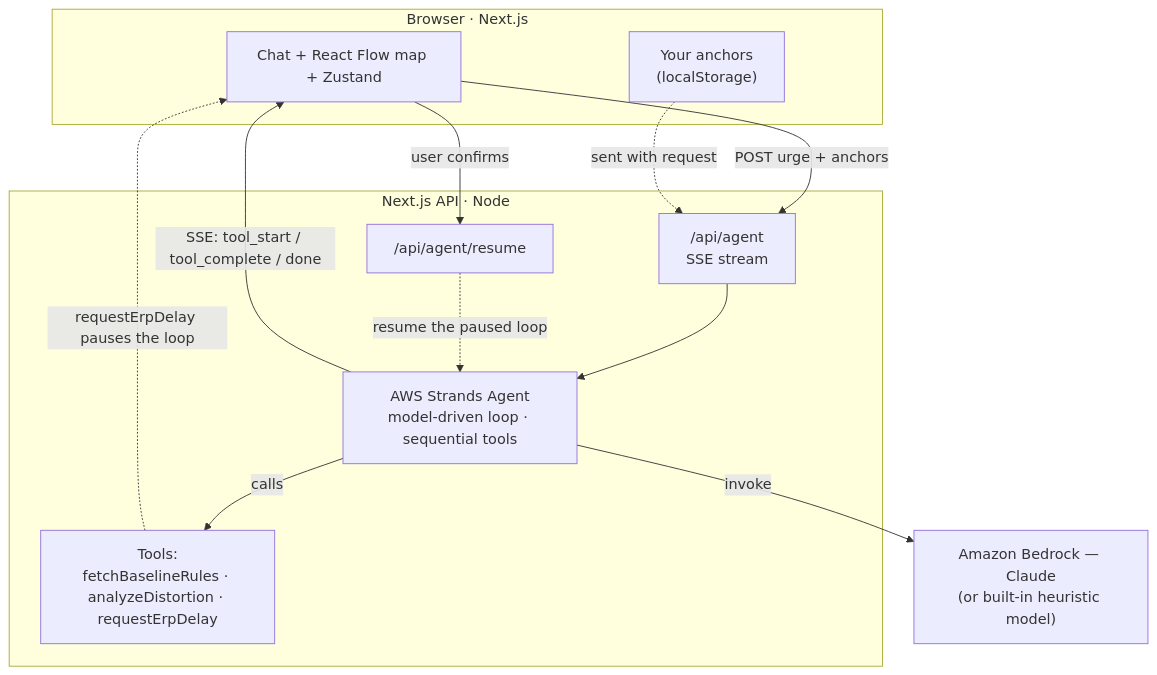
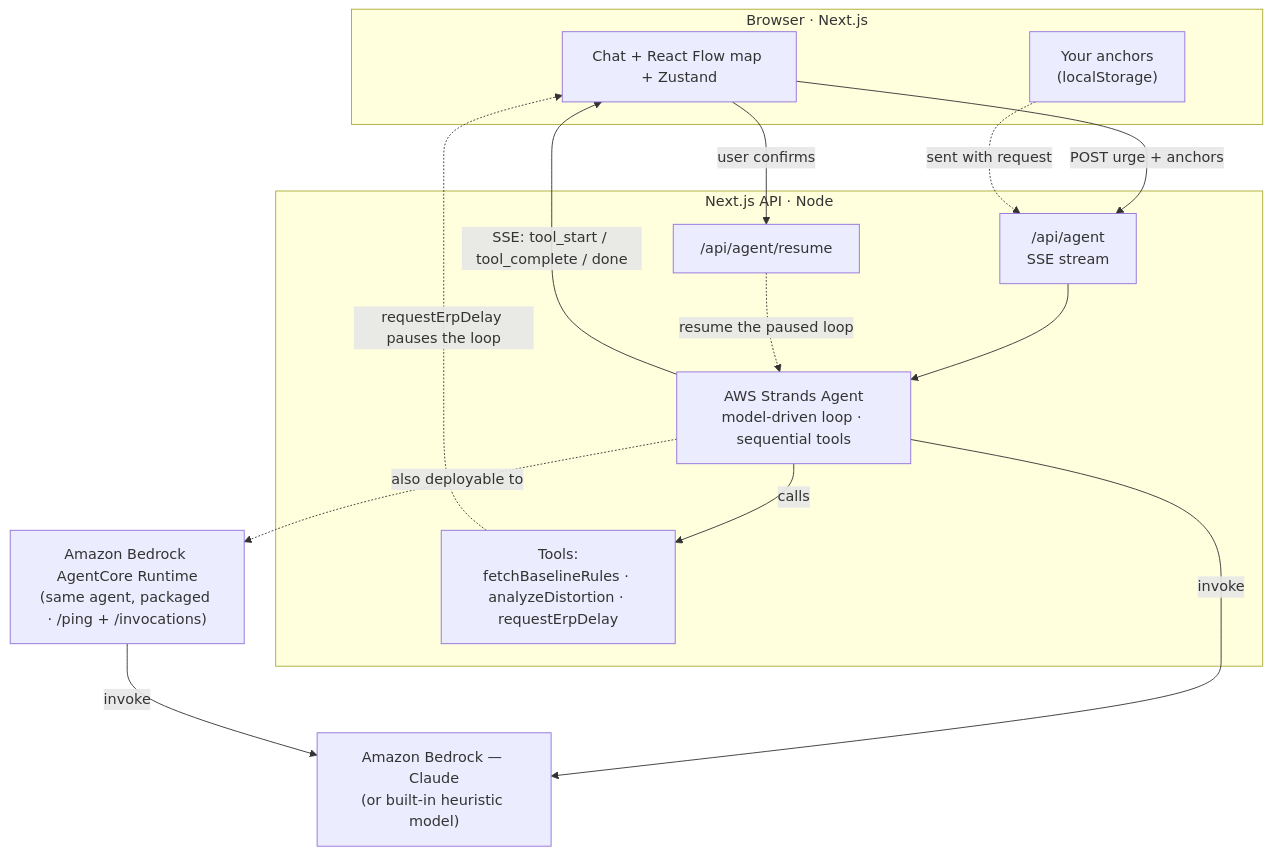
Before and after one commit to TLiu2014/clarity-anchor: the diagram in README.md, drawn with Mermaid. The commit also changed other lines of this file and 35 other files, not shown here.

````diff
--- a/README.md
+++ b/README.md
@@ -74,26 +78,29 @@
 ```mermaid
 flowchart TD
     subgraph Browser["Browser · Next.js"]
         UI["Chat + React Flow map + Zustand"]
         Anchors["Your anchors<br/>(localStorage)"]
     end
 
     subgraph API["Next.js API · Node"]
         Route["/api/agent<br/>SSE stream"]
         Resume["/api/agent/resume"]
         Agent["AWS Strands Agent<br/>model-driven loop · sequential tools"]
         Tools["Tools:<br/>fetchBaselineRules · analyzeDistortion · requestErpDelay"]
     end
 
     Model["Amazon Bedrock — Claude<br/>(or built-in heuristic model)"]
+    AgentCore["Amazon Bedrock AgentCore Runtime<br/>(same agent, packaged · /ping + /invocations)"]
 
     UI -- "POST urge + anchors" --> Route
     Anchors -. "sent with request" .-> Route
     Route --> Agent
     Agent -- "invoke" --> Model
     Agent -- "calls" --> Tools
     Agent -- "SSE: tool_start / tool_complete / done" --> UI
     Tools -. "requestErpDelay pauses the loop" .-> UI
     UI -- "user confirms" --> Resume
     Resume -. "resume the paused loop" .-> Agent
+    Agent -. "also deployable to" .-> AgentCore
+    AgentCore -- "invoke" --> Model
 ```
````
